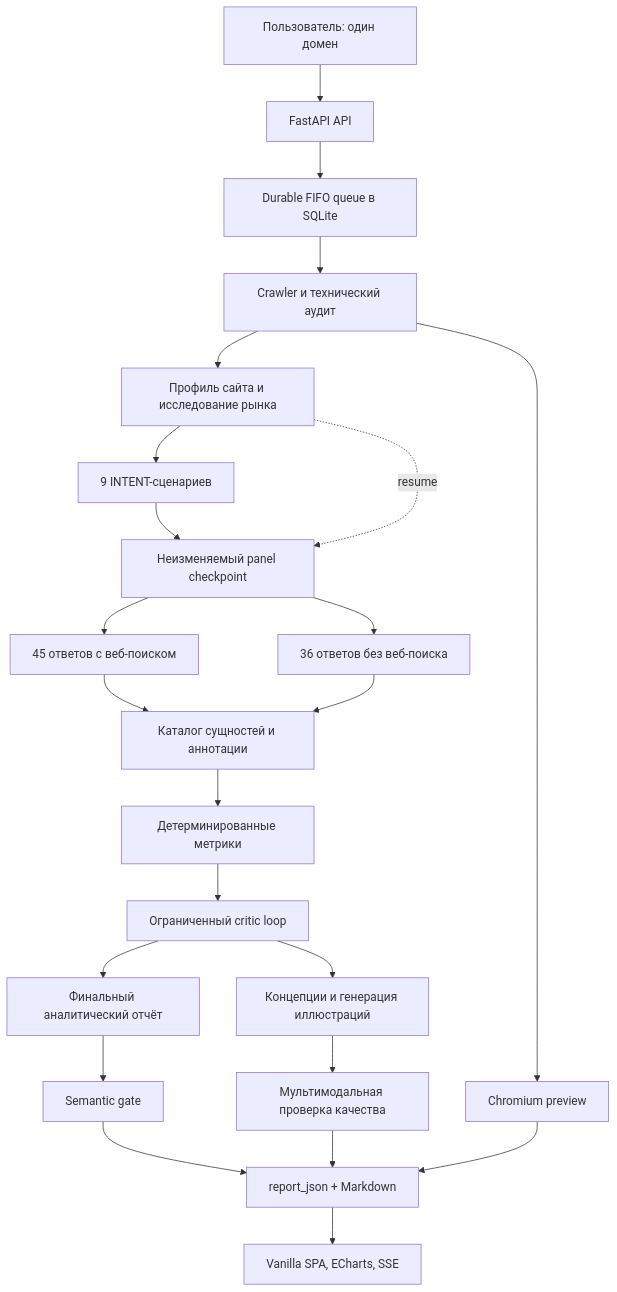
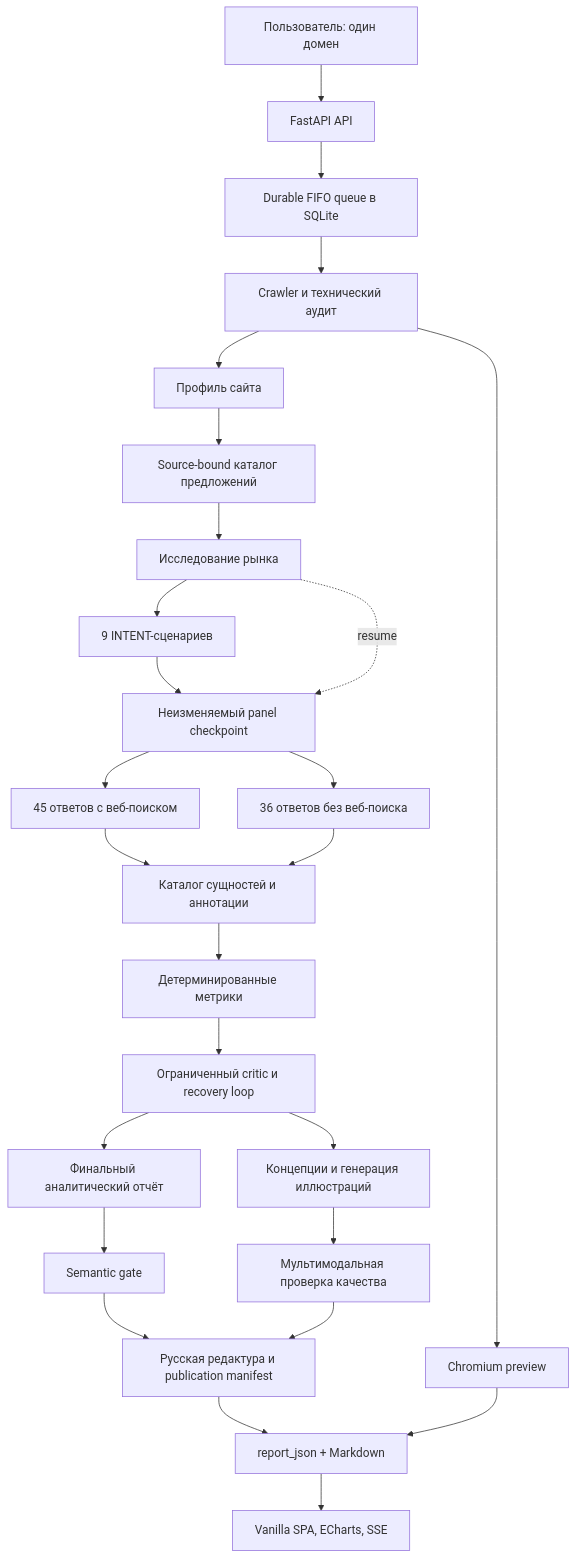
Before and after one commit to voftik/ai-visibility-checker: the diagram in README.md, drawn with Mermaid. The commit also changed other lines of this file and 49 other files, not shown here.

````diff
--- a/README.md
+++ b/README.md
@@ -82,25 +88,28 @@
 ```mermaid
 flowchart TD
     U["Пользователь: один домен"] --> API["FastAPI API"]
     API --> Q["Durable FIFO queue в SQLite"]
     Q --> C["Crawler и технический аудит"]
     C --> P["Chromium preview"]
-    C --> F["Профиль сайта и исследование рынка"]
+    C --> B["Профиль сайта"]
+    B --> O["Source-bound каталог предложений"]
+    O --> F["Исследование рынка"]
     F --> S["9 INTENT-сценариев"]
     S --> CP["Неизменяемый panel checkpoint"]
     F -. resume .-> CP
     CP --> W["45 ответов с веб-поиском"]
     CP --> M["36 ответов без веб-поиска"]
     W --> A["Каталог сущностей и аннотации"]
     M --> A
     A --> D["Детерминированные метрики"]
-    D --> K["Ограниченный critic loop"]
+    D --> K["Ограниченный critic и recovery loop"]
     K --> R["Финальный аналитический отчёт"]
     K --> I["Концепции и генерация иллюстраций"]
     R --> G["Semantic gate"]
     I --> V["Мультимодальная проверка качества"]
-    G --> PUB["report_json + Markdown"]
-    V --> PUB
+    G --> E["Русская редактура и publication manifest"]
+    V --> E
+    E --> PUB["report_json + Markdown"]
     P --> PUB
     PUB --> SPA["Vanilla SPA, ECharts, SSE"]
 ```
````
